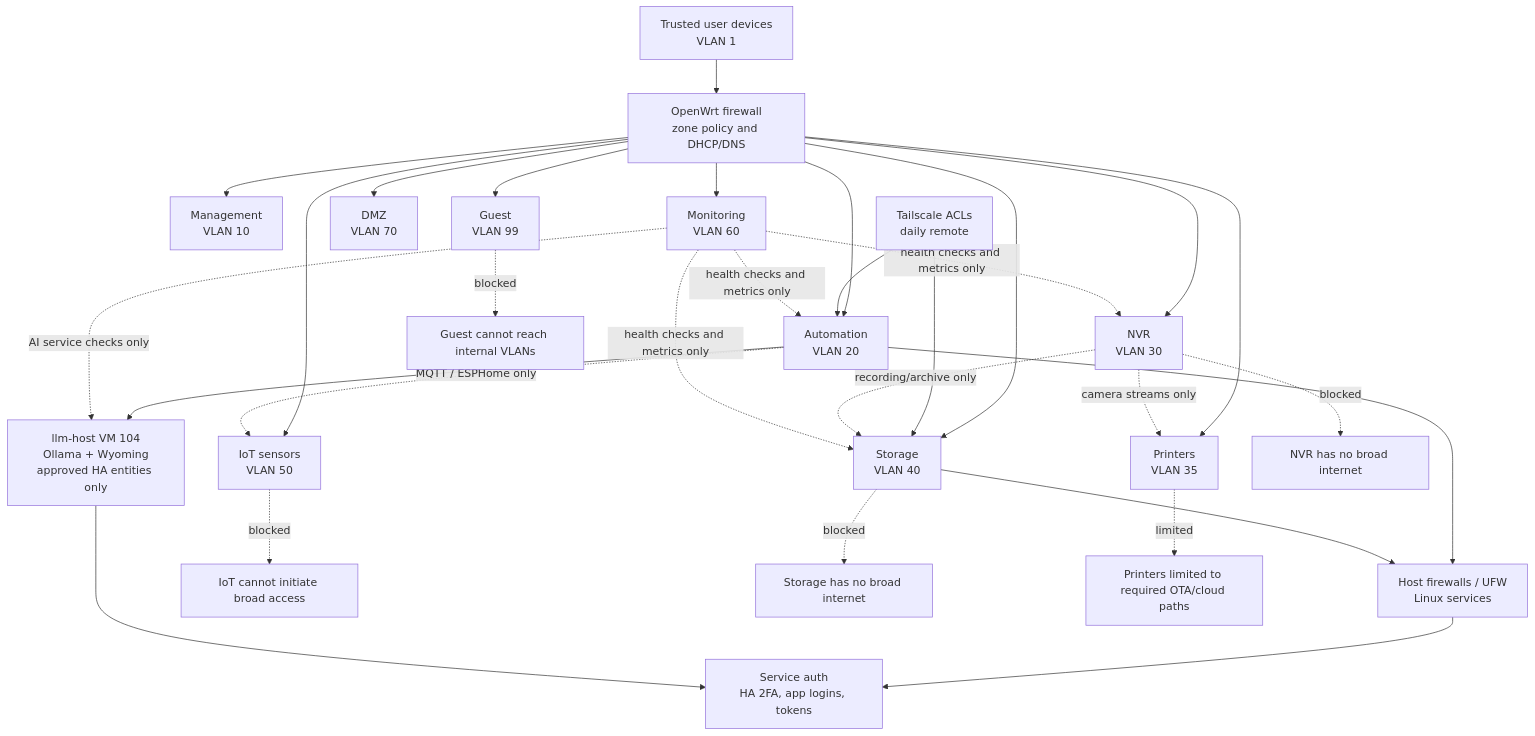
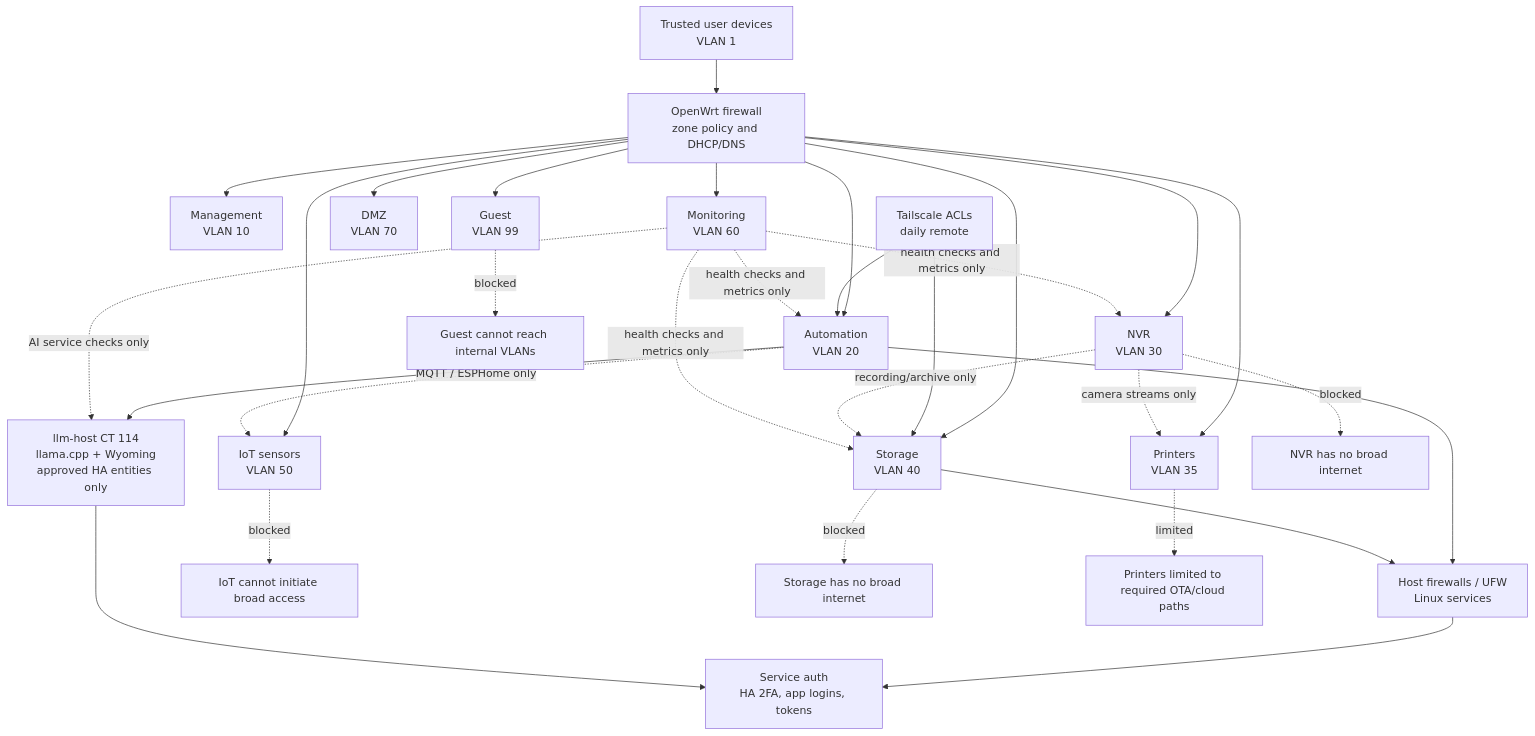
Before and after one commit to Nysplaidame/home-automation-project: the diagram in main/docs/diagrams/network/security-access-flow.mermaid, drawn with Mermaid. The commit also changed 99 other files, not shown here.

```diff
--- a/main/docs/diagrams/network/security-access-flow.mermaid
+++ b/main/docs/diagrams/network/security-access-flow.mermaid
@@ -1,55 +1,55 @@
 flowchart TB
     User["Trusted user devices<br/>VLAN 1"]
     Router["OpenWrt firewall<br/>zone policy and DHCP/DNS"]
     Mgmt["Management<br/>VLAN 10"]
     Automation["Automation<br/>VLAN 20"]
     NVR["NVR<br/>VLAN 30"]
     Printers["Printers<br/>VLAN 35"]
     Storage["Storage<br/>VLAN 40"]
     IoT["IoT sensors<br/>VLAN 50"]
     Monitoring["Monitoring<br/>VLAN 60"]
     DMZ["DMZ<br/>VLAN 70"]
     Guest["Guest<br/>VLAN 99"]
     Tailscale["Tailscale ACLs<br/>daily remote"]
     HostFW["Host firewalls / UFW<br/>Linux services"]
     ServiceAuth["Service auth<br/>HA 2FA, app logins, tokens"]
-    LocalAI["llm-host VM 104<br/>Ollama + Wyoming<br/>approved HA entities only"]
+    LocalAI["llm-host CT 114<br/>llama.cpp + Wyoming<br/>approved HA entities only"]
 
     User --> Router
     Router --> Mgmt
     Router --> Automation
     Router --> NVR
     Router --> Printers
     Router --> Storage
     Router --> IoT
     Router --> Monitoring
     Router --> DMZ
     Router --> Guest
 
     Tailscale --> Automation
     Tailscale --> Storage
     Automation --> HostFW
     Automation --> LocalAI
     Storage --> HostFW
     HostFW --> ServiceAuth
     LocalAI --> ServiceAuth
 
     Automation -.->|"MQTT / ESPHome only"| IoT
     NVR -.->|"camera streams only"| Printers
     NVR -.->|"recording/archive only"| Storage
     Monitoring -.->|"health checks and metrics only"| Automation
     Monitoring -.->|"AI service checks only"| LocalAI
     Monitoring -.->|"health checks and metrics only"| NVR
     Monitoring -.->|"health checks and metrics only"| Storage
 
     GuestX["Guest cannot reach internal VLANs"]
     IoTX["IoT cannot initiate broad access"]
     StorageX["Storage has no broad internet"]
     NVRX["NVR has no broad internet"]
     PrinterX["Printers limited to required OTA/cloud paths"]
 
     Guest -.->|"blocked"| GuestX
     IoT -.->|"blocked"| IoTX
     Storage -.->|"blocked"| StorageX
     NVR -.->|"blocked"| NVRX
     Printers -.->|"limited"| PrinterX
```
